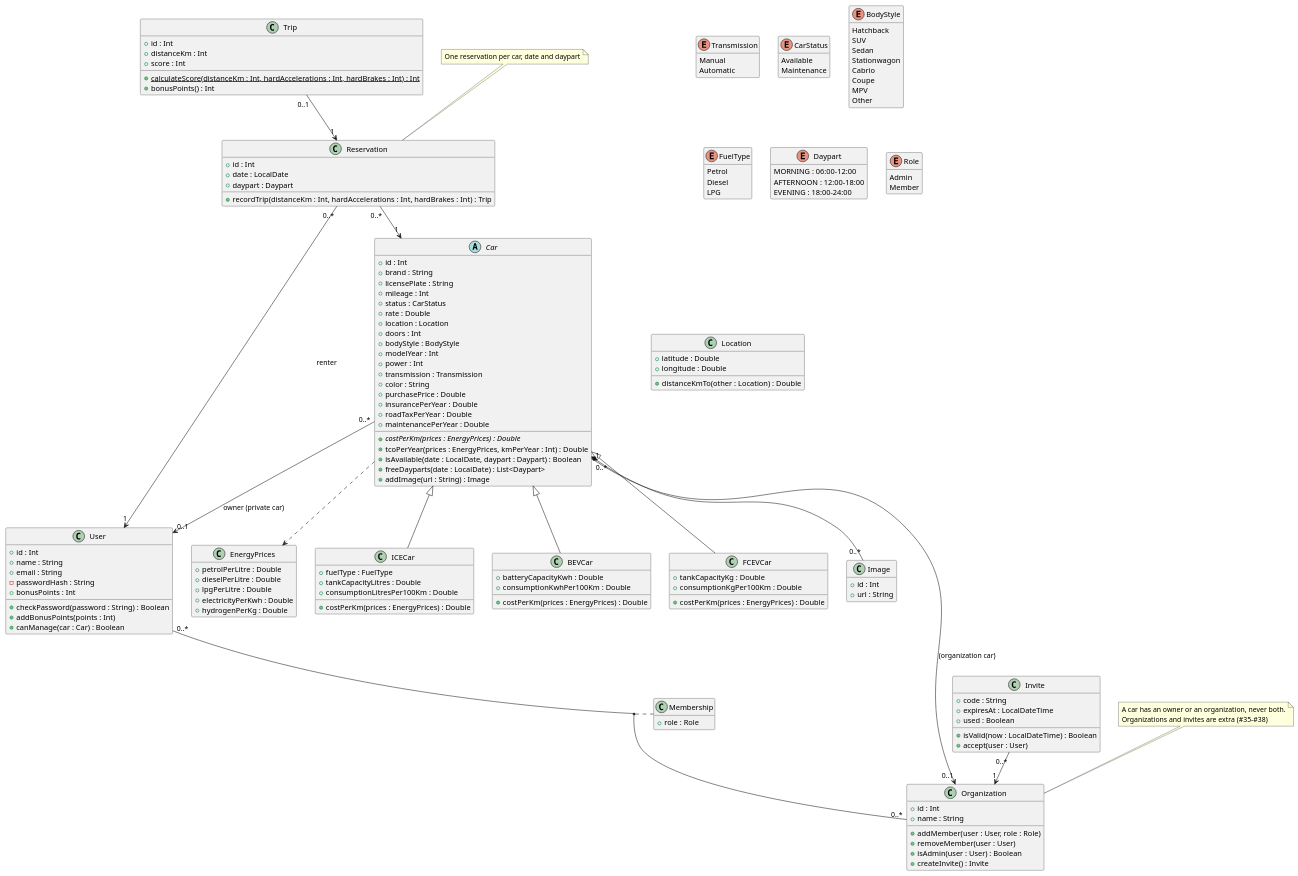
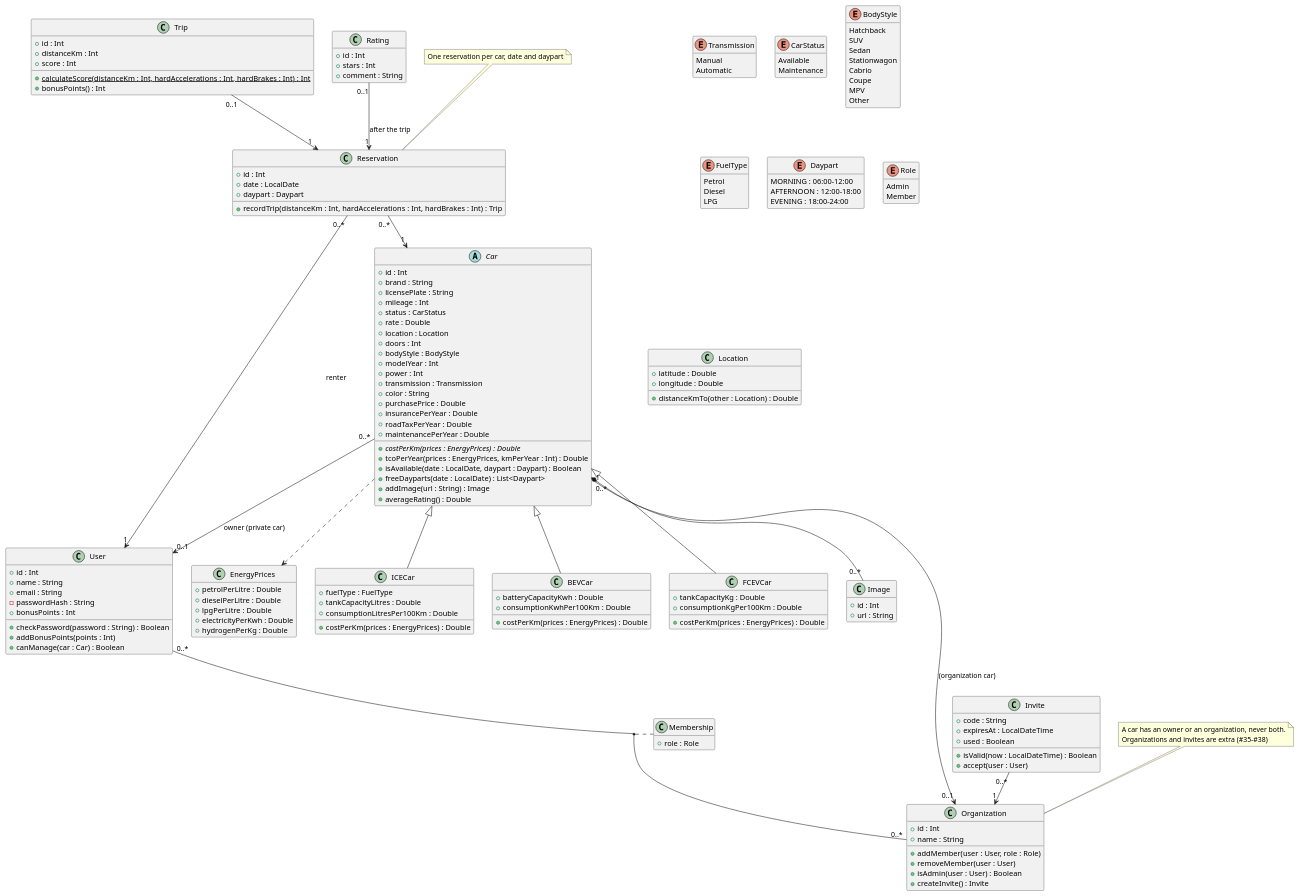
One commit to Rent-a-car-38291/rent-a-car changed the diagram in docs/diagrams/domain-model.puml. Above: the diagram before and after it, drawn with PlantUML. The commit also changed 16 other files, not shown here.

First line of the commit message:
feat: rate a car after a trip (#113)

```diff
--- a/docs/diagrams/domain-model.puml
+++ b/docs/diagrams/domain-model.puml
@@ -1,175 +1,183 @@
 @startuml
 ' Analysis view: the domain as agreed in the backlog, including parts that aren't built yet.
 ' For what the code looks like today, see the class-*.puml diagrams.
 hide empty members
 
 enum Transmission {
   Manual
   Automatic
 }
 
 ' Rented is gone: whether a car is rented depends on the daypart (#16).
 enum CarStatus {
   Available
   Maintenance
 }
 
 enum BodyStyle {
   Hatchback
   SUV
   Sedan
   Stationwagon
   Cabrio
   Coupe
   MPV
   Other
 }
 
 enum FuelType {
   Petrol
   Diesel
   LPG
 }
 
 enum Daypart {
   MORNING : 06:00-12:00
   AFTERNOON : 12:00-18:00
   EVENING : 18:00-24:00
 }
 
 enum Role {
   Admin
   Member
 }
 
 class Location {
   + latitude : Double
   + longitude : Double
   + distanceKmTo(other : Location) : Double
 }
 
 class EnergyPrices {
   + petrolPerLitre : Double
   + dieselPerLitre : Double
   + lpgPerLitre : Double
   + electricityPerKwh : Double
   + hydrogenPerKg : Double
 }
 
 class User {
   + id : Int
   + name : String
   + email : String
   - passwordHash : String
   + bonusPoints : Int
   + checkPassword(password : String) : Boolean
   + addBonusPoints(points : Int)
   + canManage(car : Car) : Boolean
 }
 
 abstract class Car {
   + id : Int
   + brand : String
   + licensePlate : String
   + mileage : Int
   + status : CarStatus
   + rate : Double
   + location : Location
   + doors : Int
   + bodyStyle : BodyStyle
   + modelYear : Int
   + power : Int
   + transmission : Transmission
   + color : String
   + purchasePrice : Double
   + insurancePerYear : Double
   + roadTaxPerYear : Double
   + maintenancePerYear : Double
   + {abstract} costPerKm(prices : EnergyPrices) : Double
   + tcoPerYear(prices : EnergyPrices, kmPerYear : Int) : Double
   + isAvailable(date : LocalDate, daypart : Daypart) : Boolean
   + freeDayparts(date : LocalDate) : List<Daypart>
   + addImage(url : String) : Image
+  + averageRating() : Double
 }
 
 class ICECar {
   + fuelType : FuelType
   + tankCapacityLitres : Double
   + consumptionLitresPer100Km : Double
   + costPerKm(prices : EnergyPrices) : Double
 }
 
 class BEVCar {
   + batteryCapacityKwh : Double
   + consumptionKwhPer100Km : Double
   + costPerKm(prices : EnergyPrices) : Double
 }
 
 class FCEVCar {
   + tankCapacityKg : Double
   + consumptionKgPer100Km : Double
   + costPerKm(prices : EnergyPrices) : Double
 }
 
 class Image {
   + id : Int
   + url : String
 }
 
 class Reservation {
   + id : Int
   + date : LocalDate
   + daypart : Daypart
   + recordTrip(distanceKm : Int, hardAccelerations : Int, hardBrakes : Int) : Trip
 }
 
 class Trip {
   + id : Int
   + distanceKm : Int
   + score : Int
   + {static} calculateScore(distanceKm : Int, hardAccelerations : Int, hardBrakes : Int) : Int
   + bonusPoints() : Int
 }
 
+class Rating {
+  + id : Int
+  + stars : Int
+  + comment : String
+}
+
 class Organization {
   + id : Int
   + name : String
   + addMember(user : User, role : Role)
   + removeMember(user : User)
   + isAdmin(user : User) : Boolean
   + createInvite() : Invite
 }
 
 class Membership {
   + role : Role
 }
 
 class Invite {
   + code : String
   + expiresAt : LocalDateTime
   + used : Boolean
   + isValid(now : LocalDateTime) : Boolean
   + accept(user : User)
 }
 
 Car <|-- ICECar
 Car <|-- BEVCar
 Car <|-- FCEVCar
 
 Car "0..*" --> "0..1" User : owner (private car)
 Car "0..*" --> "0..1" Organization : (organization car)
 Car "1" *-- "0..*" Image
 Car ..> EnergyPrices
 Reservation "0..*" --> "1" Car
 Reservation "0..*" --> "1" User : renter
 Trip "0..1" --> "1" Reservation
+Rating "0..1" --> "1" Reservation : after the trip
 User "0..*" -- "0..*" Organization
 (User, Organization) .. Membership
 Invite "0..*" --> "1" Organization
 
 note "One reservation per car, date and daypart" as N1
 N1 .. Reservation
 note "A car has an owner or an organization, never both.\nOrganizations and invites are extra (#35–#38)" as N2
 N2 .. Organization
 
 @enduml
```
